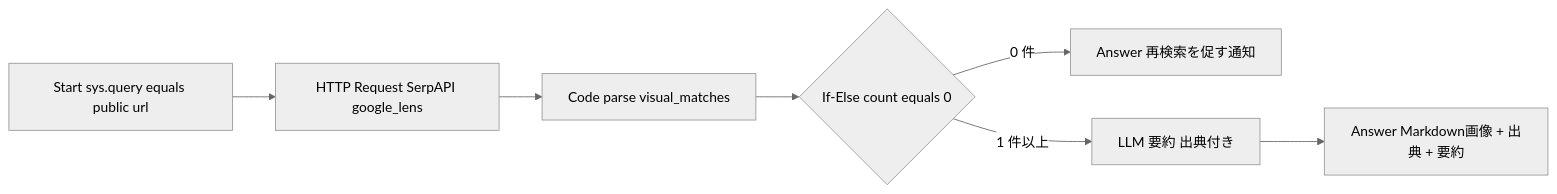
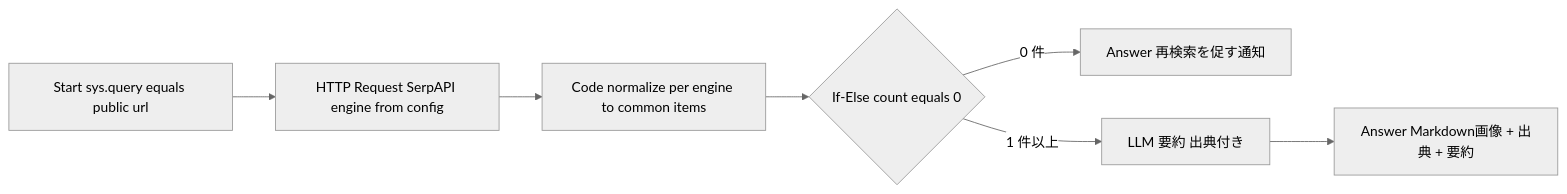
The third of 3 diagrams in .kiro/specs/reverse-image-search/design.md (beastmaniaxxx/AgentPlatform), drawn with Mermaid (neutral theme) before and after one commit. The commit also changed other lines of this file and 1 other file, not shown here.

Commit message:
feat(reverse-image-search): enable engine selection for reverse image search via configuration

````diff
--- a/.kiro/specs/reverse-image-search/design.md
+++ b/.kiro/specs/reverse-image-search/design.md
@@ -169,9 +172,9 @@
 ```mermaid
 graph LR
-    Start[Start sys.query equals public url] --> Http[HTTP Request SerpAPI google_lens]
-    Http --> Parse[Code parse visual_matches]
-    Parse --> Check{If-Else count equals 0}
+    Start[Start sys.query equals public url] --> Http[HTTP Request SerpAPI engine from config]
+    Http --> Normalize[Code normalize per engine to common items]
+    Normalize --> Check{If-Else count equals 0}
     Check -->|0 件| NoRes[Answer 再検索を促す通知]
     Check -->|1 件以上| Summarize[LLM 要約 出典付き]
     Summarize --> AnsRes[Answer Markdown画像 + 出典 + 要約]
 ```
````
